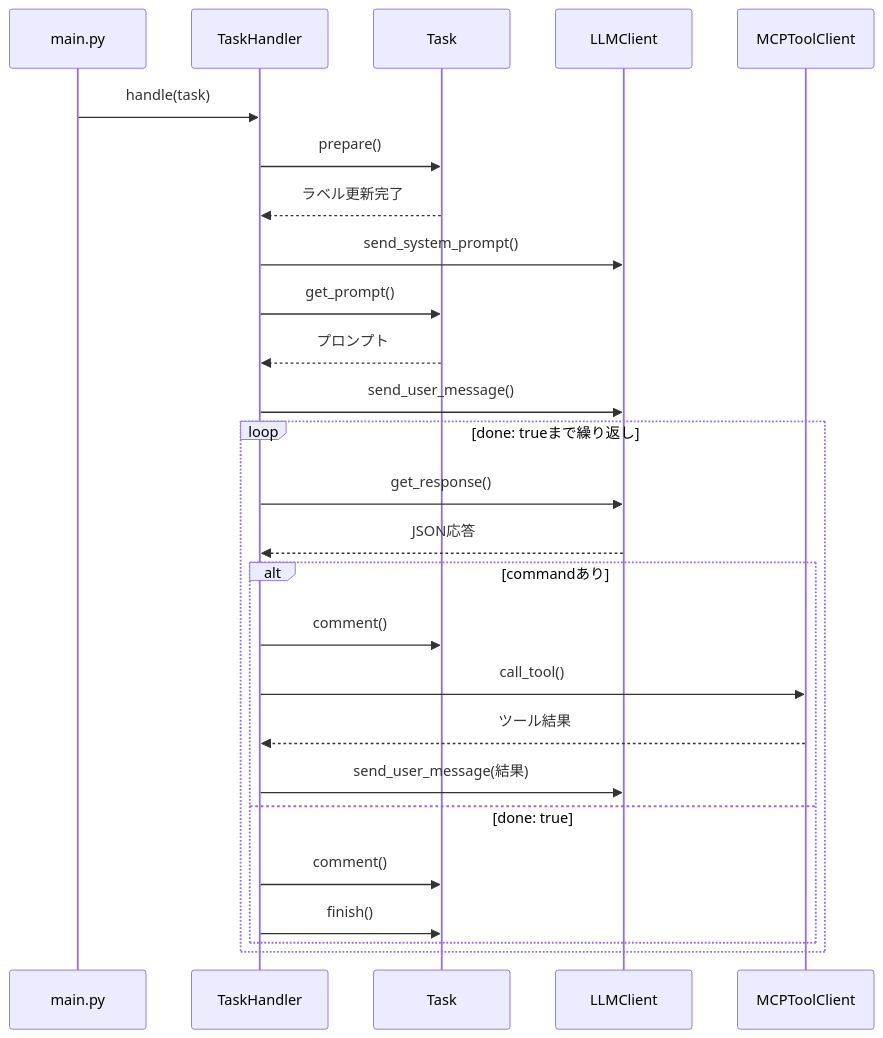
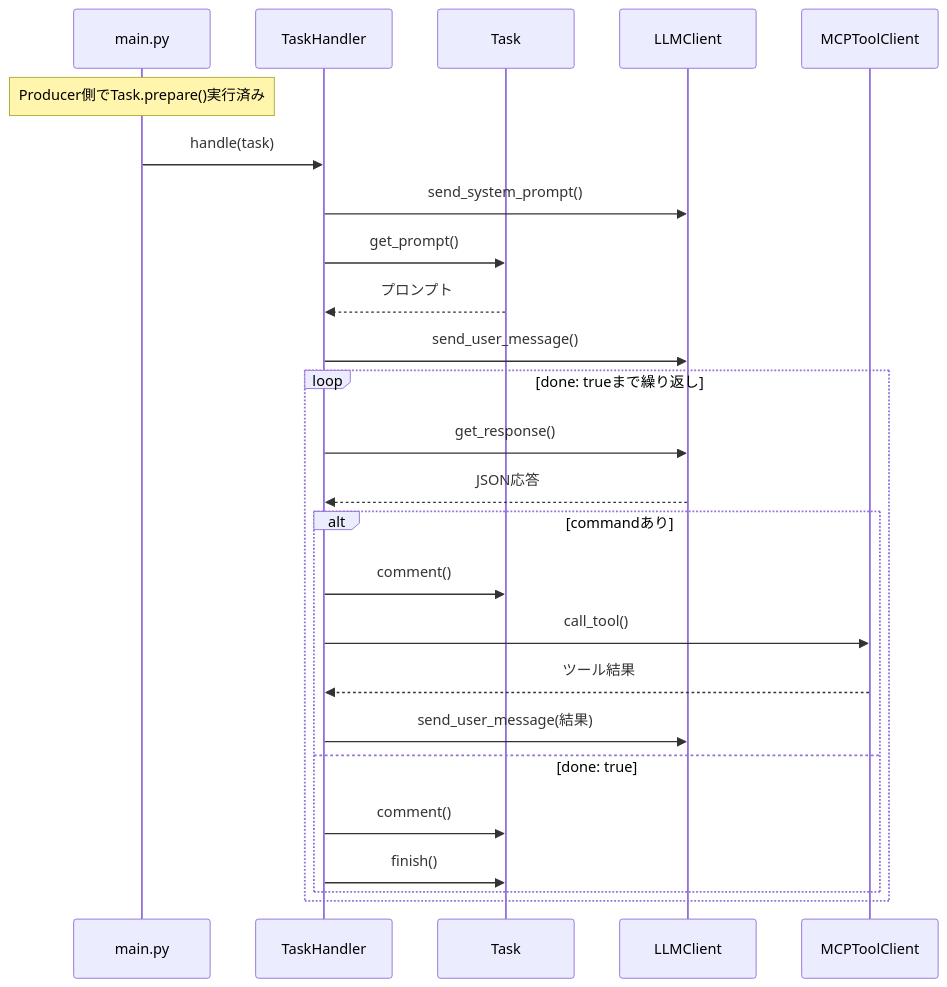
The second of 2 diagrams in docs/spec/spec.md (notfolder/coding_agent), drawn with Mermaid before and after one commit. The commit also changed other lines of this file and 6 other files, not shown here.

````diff
--- a/docs/spec/spec.md
+++ b/docs/spec/spec.md
@@ -99,30 +99,29 @@
 ```mermaid
 sequenceDiagram
     participant Main as main.py
     participant TH as TaskHandler
     participant Task as Task
     participant LLM as LLMClient
     participant MCP as MCPToolClient
 
+    Note over Main: Producer側でTask.prepare()実行済み
     Main->>TH: handle(task)
-    TH->>Task: prepare()
-    Task-->>TH: ラベル更新完了
     TH->>LLM: send_system_prompt()
     TH->>Task: get_prompt()
     Task-->>TH: プロンプト
     TH->>LLM: send_user_message()
     
     loop done: trueまで繰り返し
         TH->>LLM: get_response()
         LLM-->>TH: JSON応答
         alt commandあり
             TH->>Task: comment()
             TH->>MCP: call_tool()
             MCP-->>TH: ツール結果
             TH->>LLM: send_user_message(結果)
         else done: true
             TH->>Task: comment()
             TH->>Task: finish()
         end
     end
 ```
````
